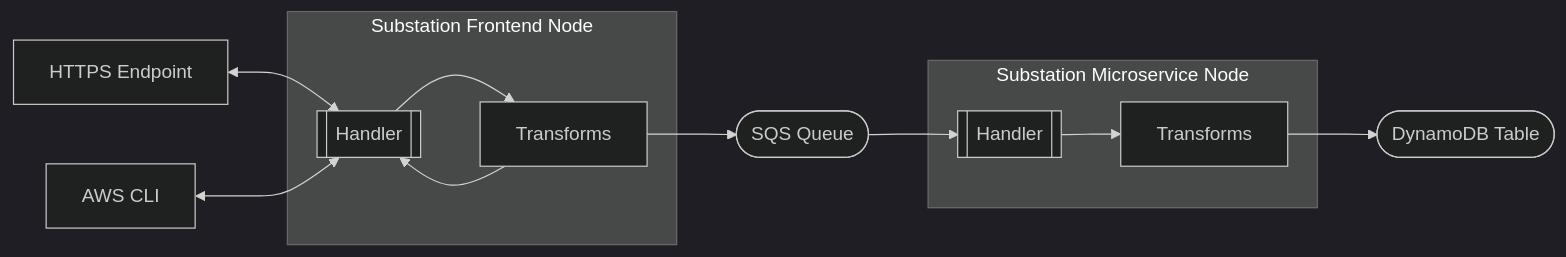
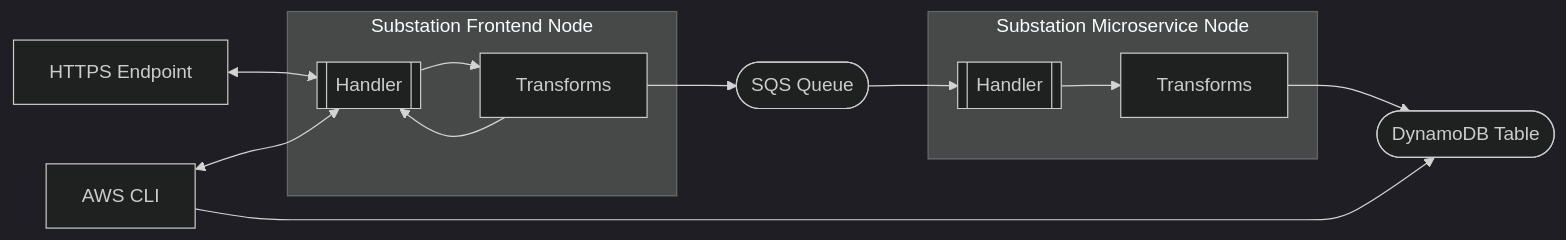
The sixth of 6 diagrams in examples/aws/README.md (brexhq/substation), drawn with Mermaid (dark theme) before and after one commit. The commit also changed other lines of this file, not shown here.

````diff
--- a/examples/aws/README.md
+++ b/examples/aws/README.md
@@ -171,31 +171,32 @@
 ```mermaid
 
 flowchart LR
     %% resources
     gateway[HTTPS Endpoint]
     cli[AWS CLI]
     sqs([SQS Queue])
     ddb([DynamoDB Table])
 
     gatewayHandler[[Handler]]
     gatewayTransforms[Transforms]
 
     microserviceHandler[[Handler]]
     microserviceTransforms[Transforms]
 
     %% connections
     gateway <--> gatewayHandler
     cli <--> gatewayHandler
 
     subgraph Substation Frontend Node
     gatewayHandler --> gatewayTransforms --> gatewayHandler
     end
 
     gatewayTransforms --> sqs --> microserviceHandler
 
     subgraph Substation Microservice Node
     microserviceHandler --> microserviceTransforms
     end
 
     microserviceTransforms --> ddb
+    cli --> ddb
 ```
````
